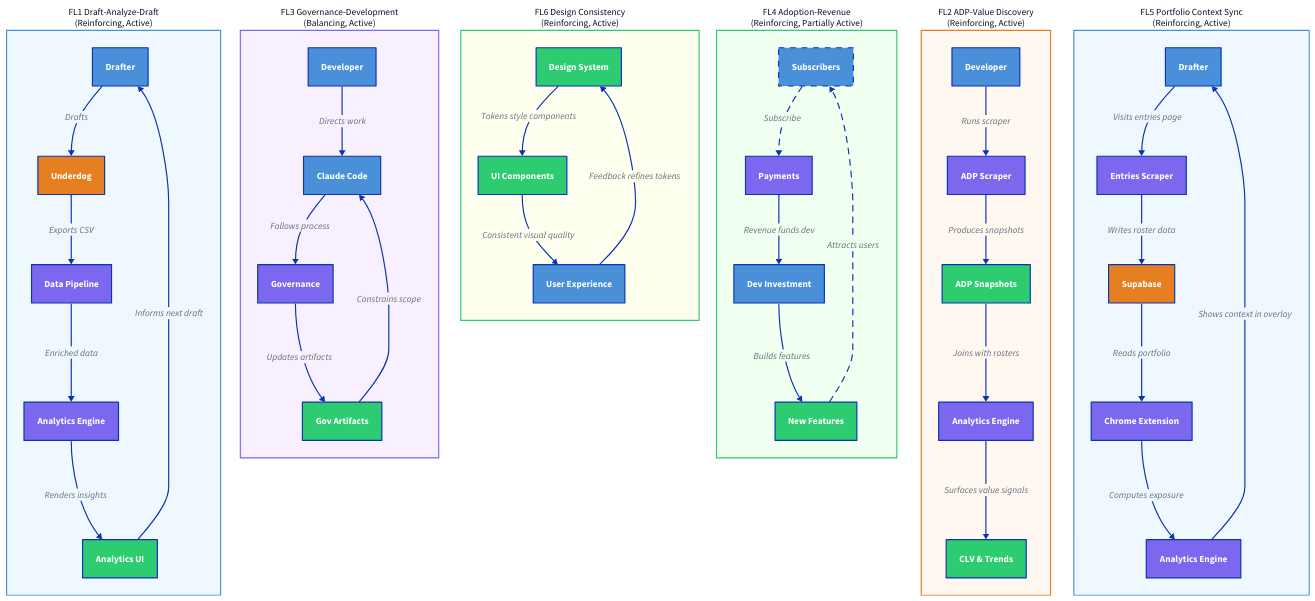
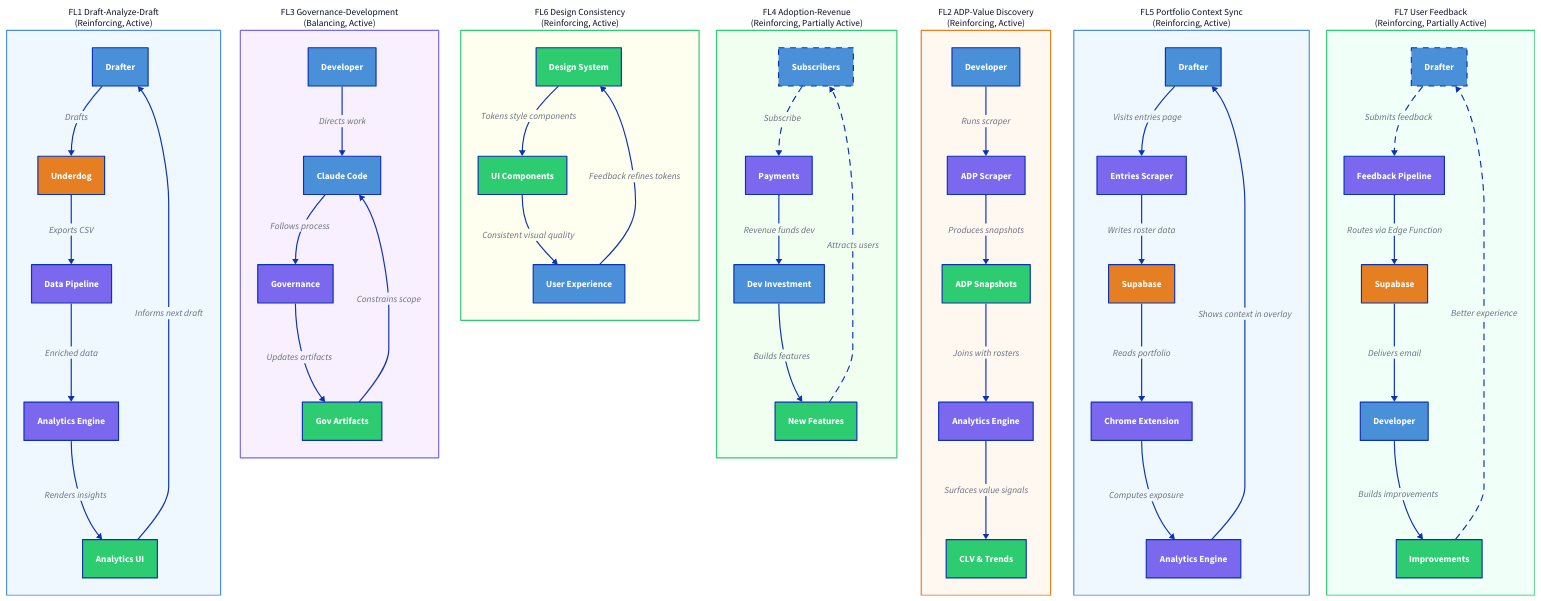
One commit to heithoffp/bestball changed the diagram in Docs/systems-model/feedback.d2. Above: the diagram before and after it, drawn with D2. The commit also changed 60 other files, not shown here.

```diff
--- a/Docs/systems-model/feedback.d2
+++ b/Docs/systems-model/feedback.d2
@@ -196,3 +196,40 @@
   A3d -> R1d: Consistent visual quality
   R1d -> A8: Feedback refines tokens
 }
+
+# --- FL7: User Feedback (Reinforcing, Partially Active) ---
+# Users submit feedback -> dev receives email -> improvements built -> users benefit
+
+FL7: FL7 User Feedback\n(Reinforcing, Partially Active) {
+  style.fill: "#F0FFF8"
+  style.stroke: "#2ECC71"
+  style.font-size: 16
+
+  R1e: Drafter {
+    style.fill: "#4A90D9"
+    style.font-color: "#FFFFFF"
+    style.stroke-dash: 5
+  }
+  P13: Feedback Pipeline {
+    style.fill: "#7B68EE"
+    style.font-color: "#FFFFFF"
+  }
+  E2b: Supabase {
+    style.fill: "#E67E22"
+    style.font-color: "#FFFFFF"
+  }
+  R2d: Developer {
+    style.fill: "#4A90D9"
+    style.font-color: "#FFFFFF"
+  }
+  A3e: Improvements {
+    style.fill: "#2ECC71"
+    style.font-color: "#FFFFFF"
+  }
+
+  R1e -> P13: Submits feedback {style.stroke-dash: 5}
+  P13 -> E2b: Routes via Edge Function
+  E2b -> R2d: Delivers email
+  R2d -> A3e: Builds improvements
+  A3e -> R1e: Better experience {style.stroke-dash: 5}
+}
```
